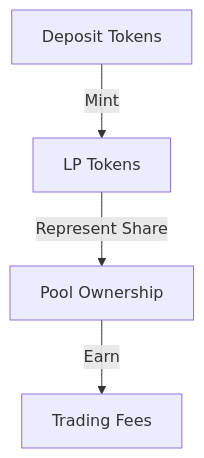
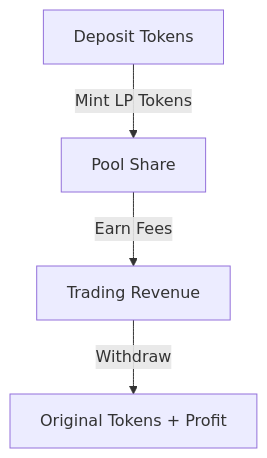
One commit to twannasleep/simple-token-exchange changed the second of 2 diagrams in docs/learning-guide.md. Above: the diagram before and after it, drawn with Mermaid. The commit also changed other lines of this file and 4 other files, not shown here.

````diff
--- a/docs/learning-guide.md
+++ b/docs/learning-guide.md
@@ -107,6 +92,6 @@
 ```mermaid
 graph TD
-    A[Deposit Tokens] -->|Mint| B[LP Tokens]
-    B -->|Represent Share| C[Pool Ownership]
-    C -->|Earn| D[Trading Fees]
+    A[Deposit Tokens] -->|Mint LP Tokens| B[Pool Share]
+    B -->|Earn Fees| C[Trading Revenue]
+    C -->|Withdraw| D[Original Tokens + Profit]
 ```
````
